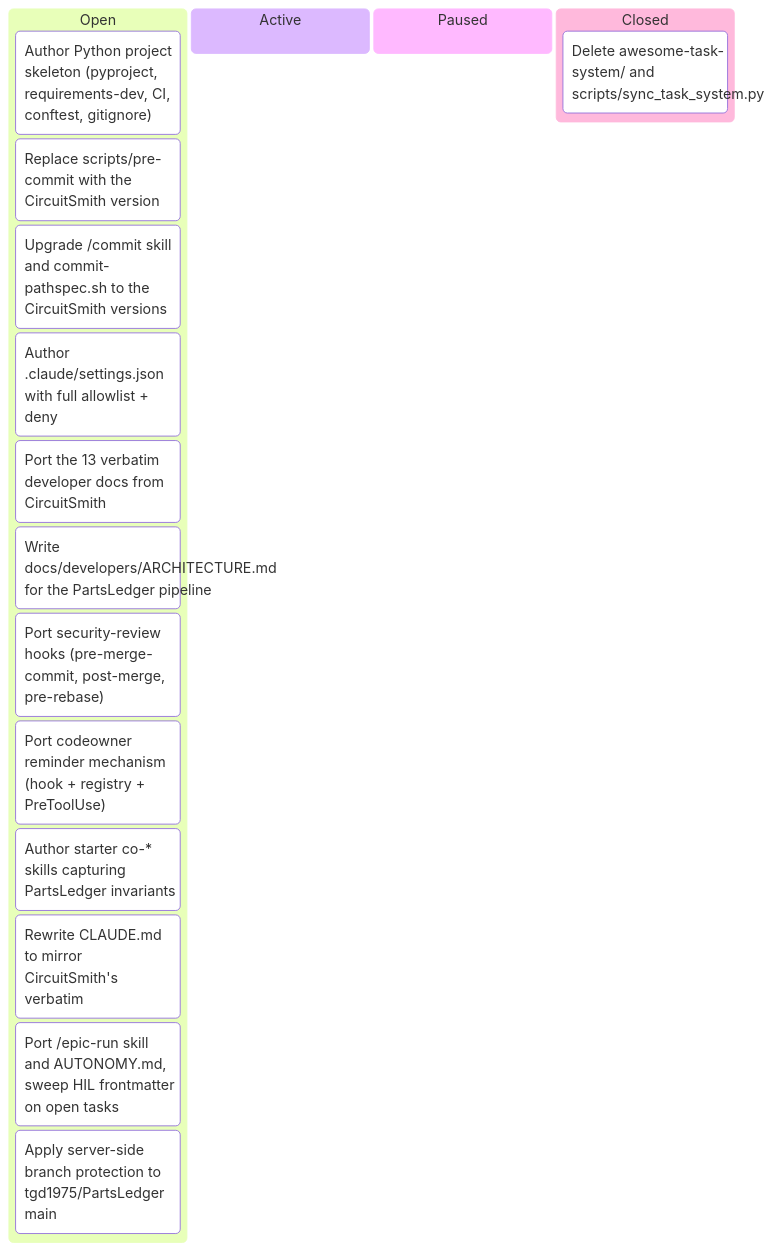
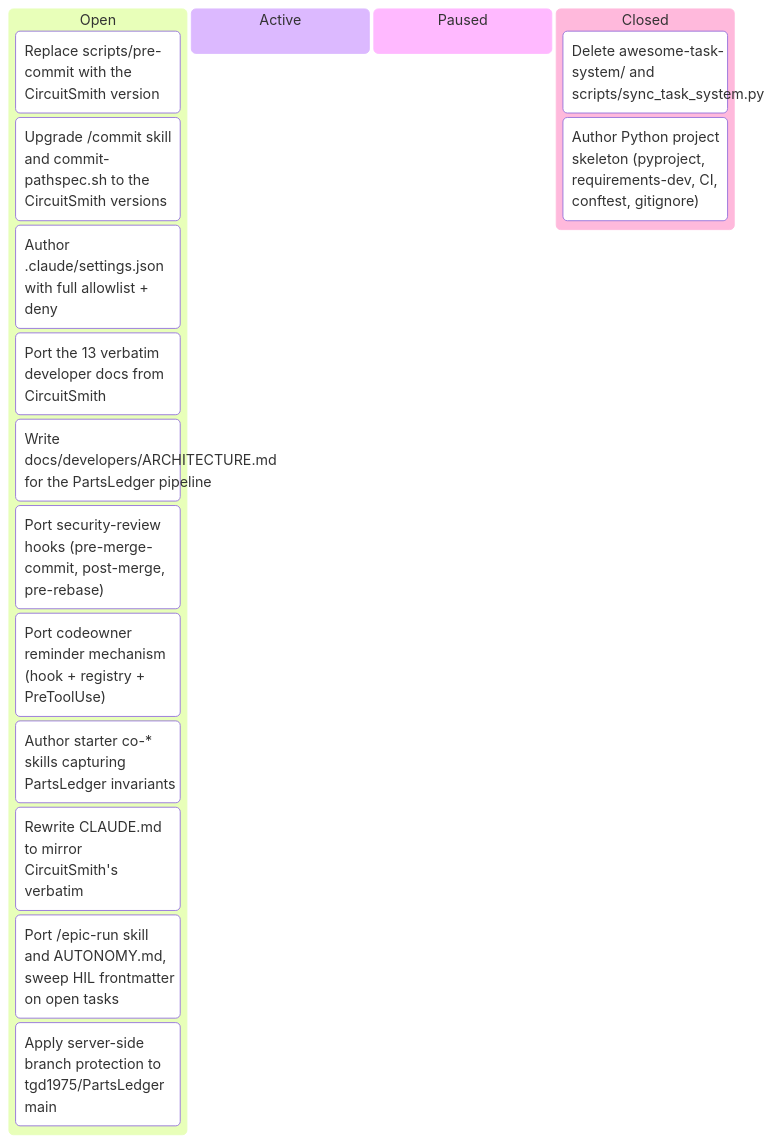
One commit to tgd1975/PartsLedger changed the diagram in docs/developers/tasks/KANBAN.md. Above: the diagram before and after it, drawn with Mermaid. The commit also changed other lines of this file and 11 other files, not shown here.

First line of the commit message:
close TASK-002: Author Python project skeleton

````diff
--- a/docs/developers/tasks/KANBAN.md
+++ b/docs/developers/tasks/KANBAN.md
@@ -11,20 +11,20 @@
 ```mermaid
 kanban
   Open
-    TASK_002["Author Python project skeleton (pyproject, requirements-dev, CI, conftest, gitignore)"]
     TASK_003["Replace scripts/pre-commit with the CircuitSmith version"]
     TASK_004["Upgrade /commit skill and commit-pathspec.sh to the CircuitSmith versions"]
     TASK_005["Author .claude/settings.json with full allowlist + deny"]
     TASK_006["Port the 13 verbatim developer docs from CircuitSmith"]
     TASK_007["Write docs/developers/ARCHITECTURE.md for the PartsLedger pipeline"]
     TASK_008["Port security-review hooks (pre-merge-commit, post-merge, pre-rebase)"]
     TASK_009["Port codeowner reminder mechanism (hook + registry + PreToolUse)"]
     TASK_010["Author starter co-* skills capturing PartsLedger invariants"]
     TASK_011["Rewrite CLAUDE.md to mirror CircuitSmith's verbatim"]
     TASK_012["Port /epic-run skill and AUTONOMY.md, sweep HIL frontmatter on open tasks"]
     TASK_013["Apply server-side branch protection to tgd1975/PartsLedger main"]
   Active
   Paused
   Closed
     TASK_001["Delete awesome-task-system/ and scripts/sync_task_system.py"]
+    TASK_002["Author Python project skeleton (pyproject, requirements-dev, CI, conftest, gitignore)"]
 ```
````
